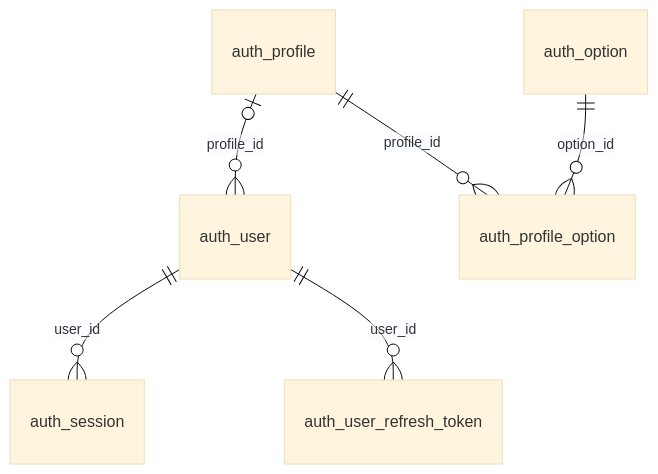
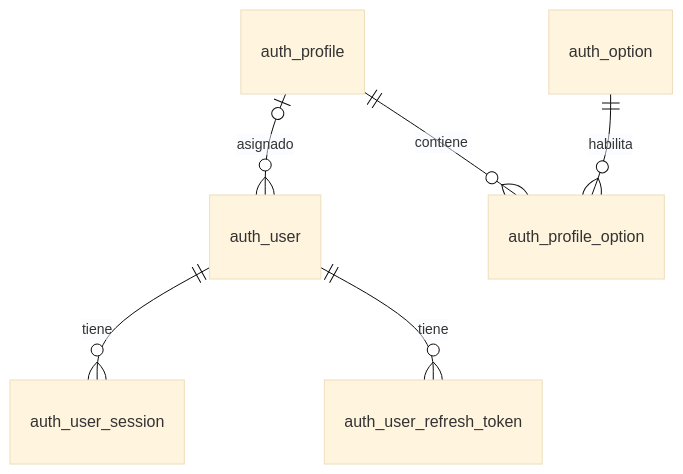
One commit to JCSB83/base-nestjs-backend changed the diagram in docs/database.md. Above: the diagram before and after it, drawn with Mermaid (base theme). The commit also changed other lines of this file and 24 other files, not shown here.

````diff
--- a/docs/database.md
+++ b/docs/database.md
@@ -84,8 +44,8 @@
 ```mermaid
 erDiagram
-    auth_profile o|--o{ auth_user : profile_id
-    auth_profile ||--o{ auth_profile_option : profile_id
-    auth_option ||--o{ auth_profile_option : option_id
-    auth_user ||--o{ auth_session : user_id
-    auth_user ||--o{ auth_user_refresh_token : user_id
+    auth_profile o|--o{ auth_user : asignado
+    auth_profile ||--o{ auth_profile_option : contiene
+    auth_option ||--o{ auth_profile_option : habilita
+    auth_user ||--o{ auth_user_session : tiene
+    auth_user ||--o{ auth_user_refresh_token : tiene
 ```
````
